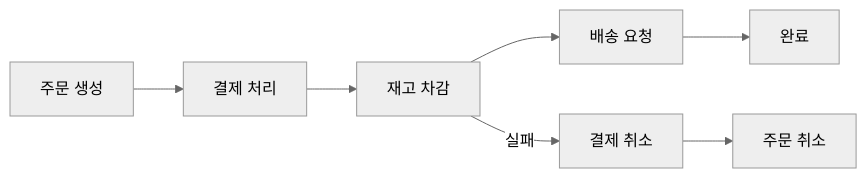
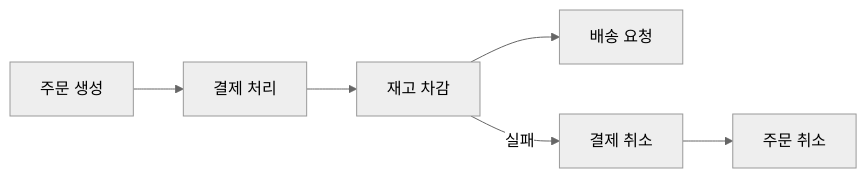
Before and after one commit to yjkim2015/yjkim2015.github.io: the third of 6 diagrams in _posts/systemdesign/2026-05-03-system-design-payment.md, drawn with Mermaid (neutral theme). The commit also changed other lines of this file and 149 other files, not shown here.

First line of the commit message:
Mermaid 가독성 개선: 라벨 축약, 노드 축소, TD→LR 변환

````diff
--- a/_posts/systemdesign/2026-05-03-system-design-payment.md
+++ b/_posts/systemdesign/2026-05-03-system-design-payment.md
@@ -402,9 +402,8 @@
 ```mermaid
 graph LR
     A[주문 생성] --> B[결제 처리]
     B --> C[재고 차감]
     C --> D[배송 요청]
-    D --> E[완료]
     C -- 실패 --> F[결제 취소]
     F --> G[주문 취소]
 ```
````
